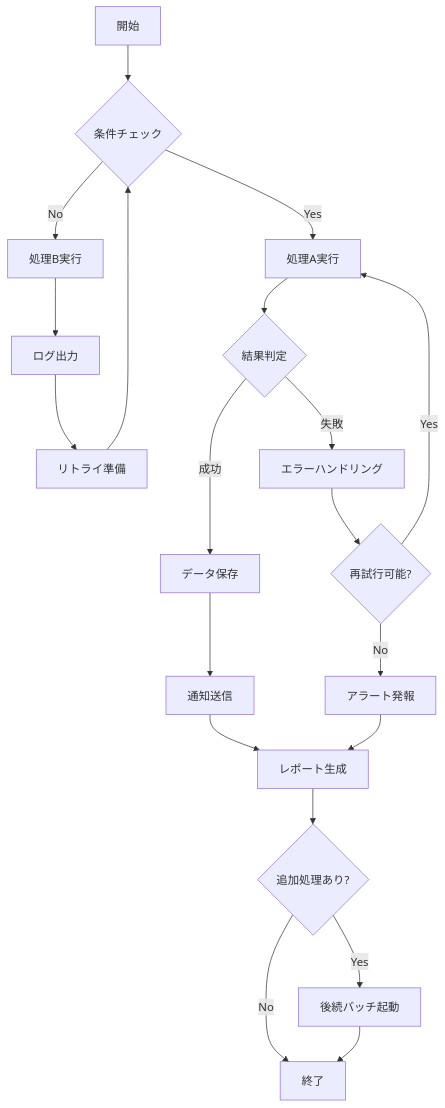
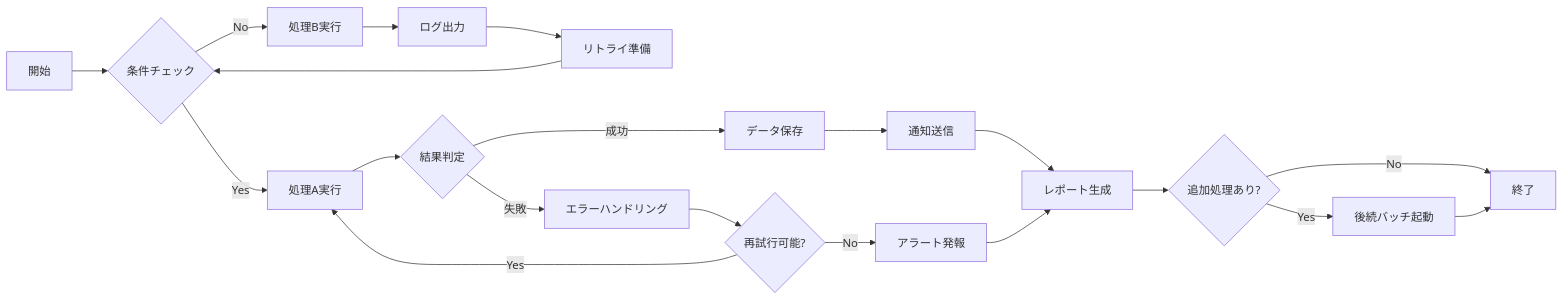
Before and after one commit to hirosof/mermaid-diagram-for-vitepress2: the fourth of 5 diagrams in docs/experiments/index.md, drawn with Mermaid. The commit also changed 1 other file, not shown here.

Commit message:
[MermaidDiagramRenderer.vue]コードの整形とスペルミス修正、[index.md] 一部横長に修正

````diff
--- a/docs/experiments/index.md
+++ b/docs/experiments/index.md
@@ -43,22 +43,22 @@
 ```mermaid {title='フローチャートサンプル'}
-flowchart TD
+flowchart LR
     A[開始] --> B{条件チェック}
     B -->|Yes| C[処理A実行]
     B -->|No| D[処理B実行]
     C --> E{結果判定}
     D --> F[ログ出力]
     F --> G[リトライ準備]
     G --> B
     E -->|成功| H[データ保存]
     E -->|失敗| I[エラーハンドリング]
     H --> J[通知送信]
     I --> K{再試行可能?}
     K -->|Yes| C
     K -->|No| L[アラート発報]
     J --> M[レポート生成]
     L --> M
     M --> N{追加処理あり?}
     N -->|Yes| O[後続バッチ起動]
     N -->|No| P[終了]
     O --> P
 ```
````
